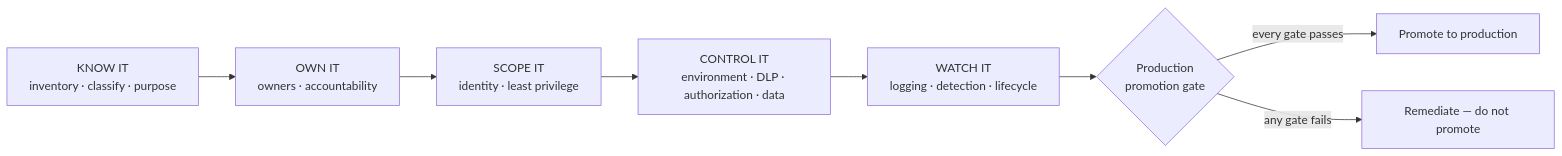
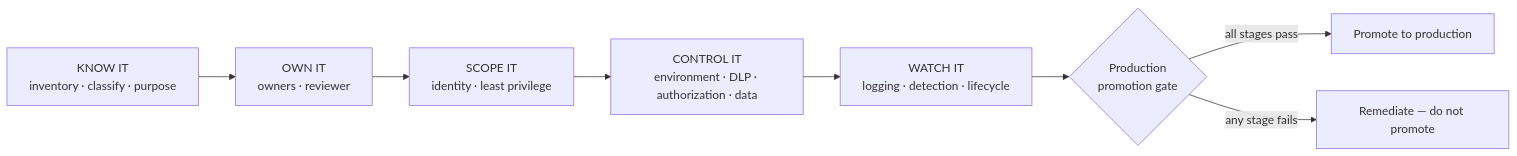
One commit to solliancenet/copilot-studio-shadow-agents-workshop changed the diagram in docs/06_security_baseline/06_security_baseline.md. Above: the diagram before and after it, drawn with Mermaid. The commit also changed other lines of this file and 4 other files, not shown here.

Commit message:
Exercise 06: stage table, Apply an Agent Security Baseline, checklist gate record

````diff
--- a/docs/06_security_baseline/06_security_baseline.md
+++ b/docs/06_security_baseline/06_security_baseline.md
@@ -28,10 +27,10 @@
 ```mermaid
 flowchart LR
-  K["KNOW IT<br/>inventory · classify · purpose"] --> O["OWN IT<br/>owners · accountability"]
+  K["KNOW IT<br/>inventory · classify · purpose"] --> O["OWN IT<br/>owners · reviewer"]
   O --> S["SCOPE IT<br/>identity · least privilege"]
   S --> C["CONTROL IT<br/>environment · DLP · authorization · data"]
   C --> W["WATCH IT<br/>logging · detection · lifecycle"]
   W --> G{"Production<br/>promotion gate"}
-  G -->|every gate passes| P["Promote to production"]
-  G -->|any gate fails| R["Remediate — do not promote"]
+  G -->|all stages pass| P["Promote to production"]
+  G -->|any stage fails| R["Remediate — do not promote"]
 ```
````
